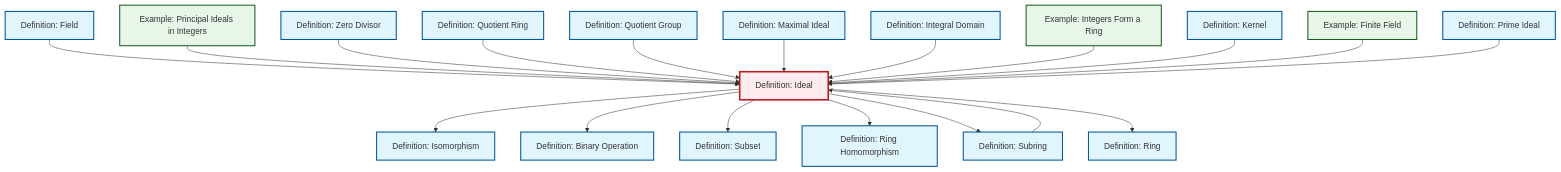
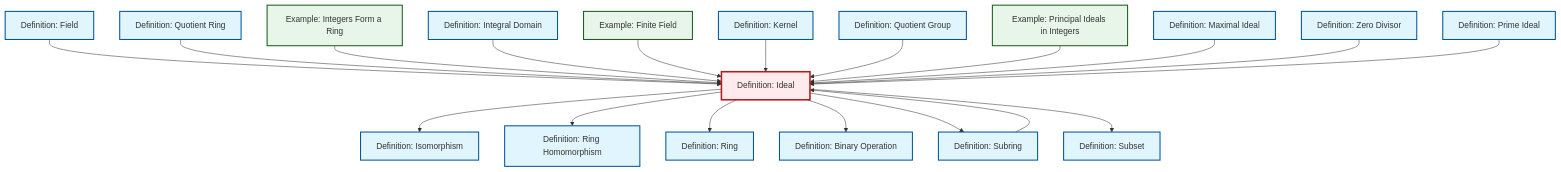
Before and after one commit to RK0429/ModernMath: the diagram in content/en/algebra/def-ideal.qmd, drawn with Mermaid. The commit also changed other lines of this file and 1012 other files, not shown here.

````diff
--- a/content/en/algebra/def-ideal.qmd
+++ b/content/en/algebra/def-ideal.qmd
@@ -83,63 +83,63 @@
 ```{mermaid}
 %%| fig-cap: "Local dependency graph"
 graph TD
     classDef definition fill:#e1f5fe,stroke:#01579b,stroke-width:2px
     classDef theorem fill:#f3e5f5,stroke:#4a148c,stroke-width:2px
     classDef axiom fill:#fff3e0,stroke:#e65100,stroke-width:2px
     classDef example fill:#e8f5e9,stroke:#1b5e20,stroke-width:2px
     classDef current fill:#ffebee,stroke:#b71c1c,stroke-width:3px
-    def-zero-divisor["Definition: Zero Divisor"]:::definition
     ex-integers-ring["Example: Integers Form a Ring"]:::example
-    def-prime-ideal["Definition: Prime Ideal"]:::definition
-    def-ideal["Definition: Ideal"]:::definition
-    def-maximal-ideal["Definition: Maximal Ideal"]:::definition
     def-kernel["Definition: Kernel"]:::definition
-    def-binary-operation["Definition: Binary Operation"]:::definition
-    def-isomorphism["Definition: Isomorphism"]:::definition
-    def-quotient-ring["Definition: Quotient Ring"]:::definition
     def-field["Definition: Field"]:::definition
     def-ring-homomorphism["Definition: Ring Homomorphism"]:::definition
     def-ring["Definition: Ring"]:::definition
+    def-subring["Definition: Subring"]:::definition
+    def-isomorphism["Definition: Isomorphism"]:::definition
+    def-binary-operation["Definition: Binary Operation"]:::definition
+    def-subset["Definition: Subset"]:::definition
+    def-maximal-ideal["Definition: Maximal Ideal"]:::definition
     ex-principal-ideal["Example: Principal Ideals in Integers"]:::example
+    ex-finite-field["Example: Finite Field"]:::example
+    def-prime-ideal["Definition: Prime Ideal"]:::definition
+    def-quotient-group["Definition: Quotient Group"]:::definition
+    def-quotient-ring["Definition: Quotient Ring"]:::definition
     def-integral-domain["Definition: Integral Domain"]:::definition
-    def-subset["Definition: Subset"]:::definition
-    def-quotient-group["Definition: Quotient Group"]:::definition
-    def-subring["Definition: Subring"]:::definition
-    ex-finite-field["Example: Finite Field"]:::example
+    def-ideal["Definition: Ideal"]:::definition
+    def-zero-divisor["Definition: Zero Divisor"]:::definition
     def-field --> def-ideal
+    def-quotient-ring --> def-ideal
+    ex-integers-ring --> def-ideal
     def-ideal --> def-isomorphism
+    def-integral-domain --> def-ideal
+    def-ideal --> def-ring-homomorphism
+    ex-finite-field --> def-ideal
+    def-kernel --> def-ideal
+    def-subring --> def-ideal
+    def-ideal --> def-ring
+    def-quotient-group --> def-ideal
+    ex-principal-ideal --> def-ideal
     def-ideal --> def-binary-operation
+    def-maximal-ideal --> def-ideal
+    def-zero-divisor --> def-ideal
+    def-ideal --> def-subring
     def-ideal --> def-subset
-    ex-principal-ideal --> def-ideal
-    def-zero-divisor --> def-ideal
-    def-quotient-ring --> def-ideal
-    def-quotient-group --> def-ideal
-    def-ideal --> def-ring-homomorphism
-    def-maximal-ideal --> def-ideal
-    def-integral-domain --> def-ideal
-    ex-integers-ring --> def-ideal
-    def-subring --> def-ideal
-    def-kernel --> def-ideal
-    def-ideal --> def-subring
-    ex-finite-field --> def-ideal
-    def-ideal --> def-ring
     def-prime-ideal --> def-ideal
     class def-ideal current
-    click def-zero-divisor "def-zero-divisor.html" "Go to Zero Divisor definition"
     click ex-integers-ring "ex-integers-ring.html" "Go to Integers Form a Ring example"
-    click def-prime-ideal "def-prime-ideal.html" "Go to Prime Ideal definition"
-    click def-maximal-ideal "def-maximal-ideal.html" "Go to Maximal Ideal definition"
     click def-kernel "def-kernel.html" "Go to Kernel definition"
-    click def-binary-operation "def-binary-operation.html" "Go to Binary Operation definition"
-    click def-isomorphism "def-isomorphism.html" "Go to Isomorphism definition"
-    click def-quotient-ring "def-quotient-ring.html" "Go to Quotient Ring definition"
     click def-field "def-field.html" "Go to Field definition"
     click def-ring-homomorphism "def-ring-homomorphism.html" "Go to Ring Homomorphism definition"
     click def-ring "def-ring.html" "Go to Ring definition"
+    click def-subring "def-subring.html" "Go to Subring definition"
+    click def-isomorphism "def-isomorphism.html" "Go to Isomorphism definition"
+    click def-binary-operation "def-binary-operation.html" "Go to Binary Operation definition"
+    click def-subset "def-subset.html" "Go to Subset definition"
+    click def-maximal-ideal "def-maximal-ideal.html" "Go to Maximal Ideal definition"
     click ex-principal-ideal "ex-principal-ideal.html" "Go to Principal Ideals in Integers example"
+    click ex-finite-field "ex-finite-field.html" "Go to Finite Field example"
+    click def-prime-ideal "def-prime-ideal.html" "Go to Prime Ideal definition"
+    click def-quotient-group "def-quotient-group.html" "Go to Quotient Group definition"
+    click def-quotient-ring "def-quotient-ring.html" "Go to Quotient Ring definition"
     click def-integral-domain "def-integral-domain.html" "Go to Integral Domain definition"
-    click def-subset "def-subset.html" "Go to Subset definition"
-    click def-quotient-group "def-quotient-group.html" "Go to Quotient Group definition"
-    click def-subring "def-subring.html" "Go to Subring definition"
-    click ex-finite-field "ex-finite-field.html" "Go to Finite Field example"
+    click def-zero-divisor "def-zero-divisor.html" "Go to Zero Divisor definition"
 ```
````
